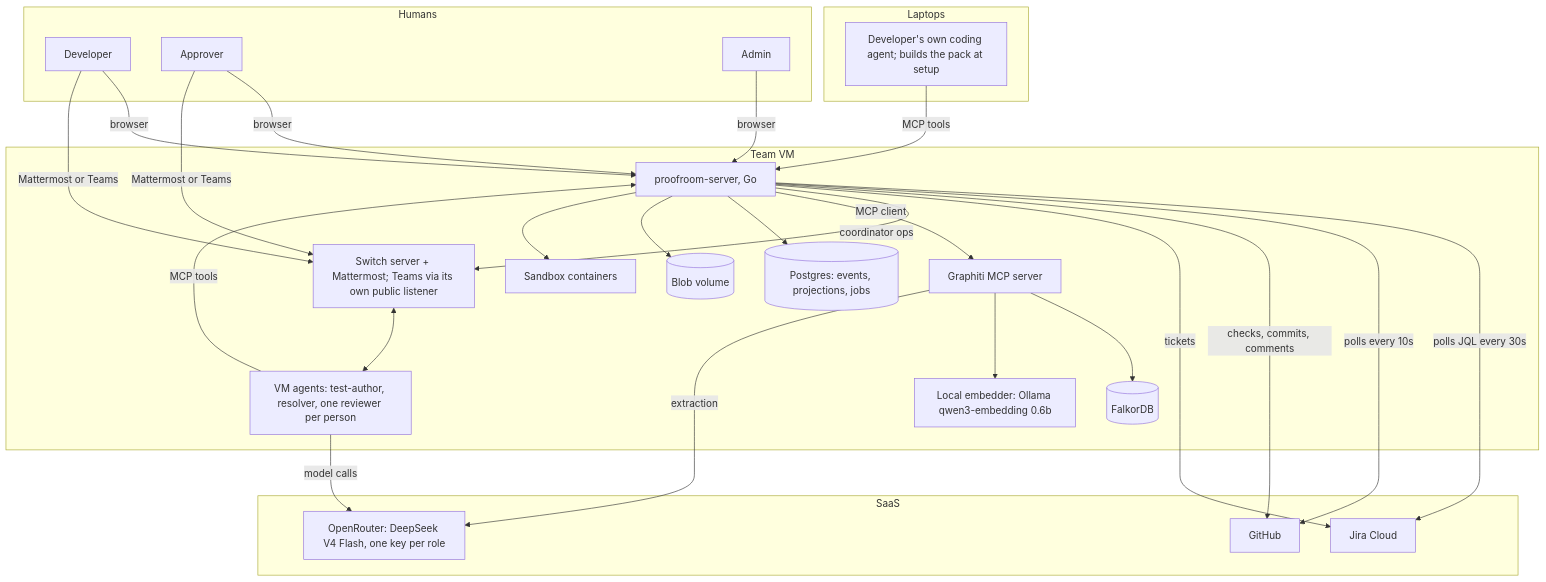
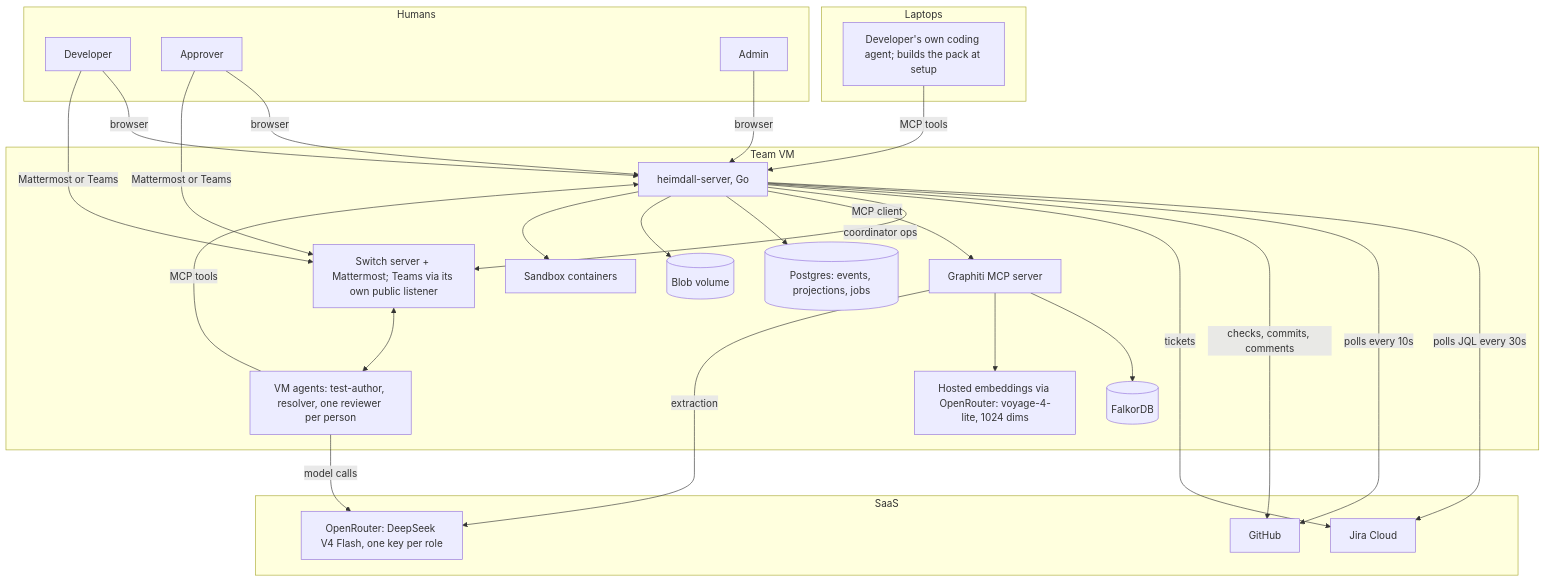
One commit to prathameshk421/Heimdall changed the first of 3 diagrams in docs/TECH_SPEC.md. Above: the diagram before and after it, drawn with Mermaid. The commit also changed other lines of this file and 10 other files, not shown here.

````diff
--- a/docs/TECH_SPEC.md
+++ b/docs/TECH_SPEC.md
@@ -60,45 +71,45 @@
 ```mermaid
 flowchart TB
   subgraph Humans
     DEV[Developer]
     APR[Approver]
     ADM[Admin]
   end
   subgraph SaaS
     JIRA[Jira Cloud]
     GH[GitHub]
     LLM[OpenRouter: DeepSeek V4 Flash, one key per role]
   end
   subgraph VM[Team VM]
-    PS[proofroom-server, Go]
+    PS[heimdall-server, Go]
     PG[(Postgres: events, projections, jobs)]
     BL[(Blob volume)]
     SB[Sandbox containers]
     GR[Graphiti MCP server]
     FK[(FalkorDB)]
-    EM[Local embedder: Ollama qwen3-embedding 0.6b]
+    EM[Hosted embeddings via OpenRouter: voyage-4-lite, 1024 dims]
     SW[Switch server + Mattermost; Teams via its own public listener]
     VA[VM agents: test-author, resolver, one reviewer per person]
   end
   subgraph Laptops
     LA[Developer's own coding agent; builds the pack at setup]
   end
   PS -- polls JQL every 30s --> JIRA
   PS -- polls every 10s --> GH
   PS -- checks, commits, comments --> GH
   PS -- tickets --> JIRA
   PS -- coordinator ops --> SW
   SW <--> VA
   VA -- MCP tools --> PS
   LA -- MCP tools --> PS
   PS -- MCP client --> GR
   GR --> FK
   GR --> EM
   GR -- extraction --> LLM
   VA -- model calls --> LLM
   PS --> PG
   PS --> BL
   PS --> SB
   DEV & APR & ADM -- browser --> PS
   DEV & APR -- Mattermost or Teams --> SW
 ```
````
